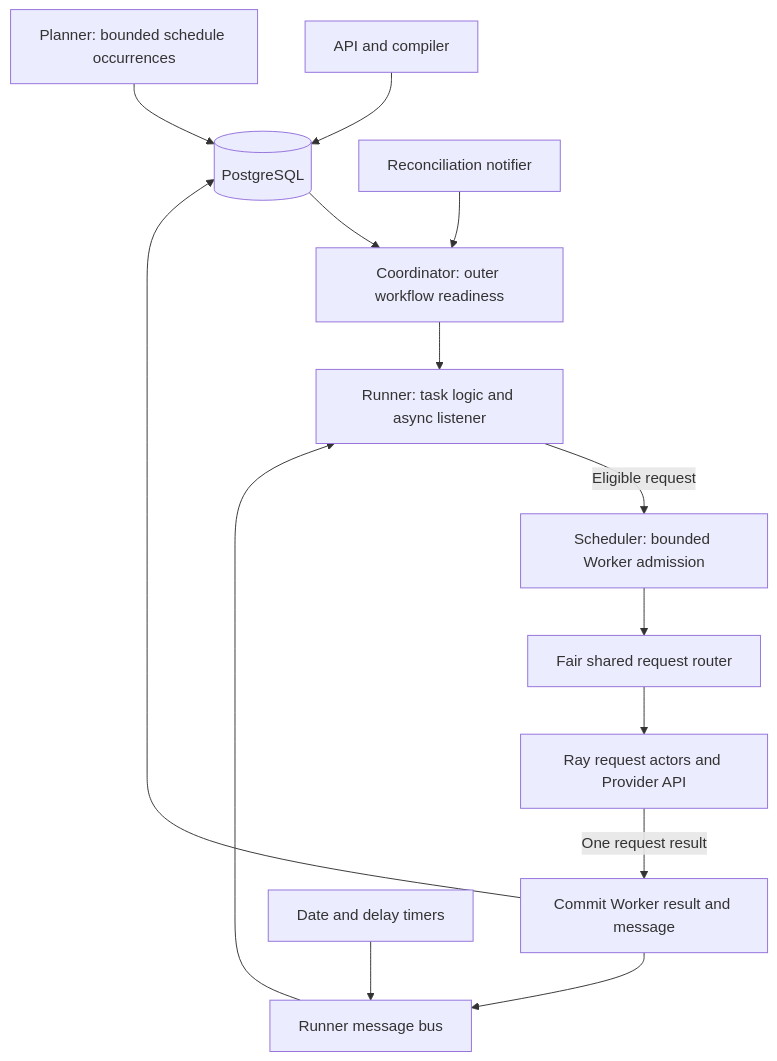
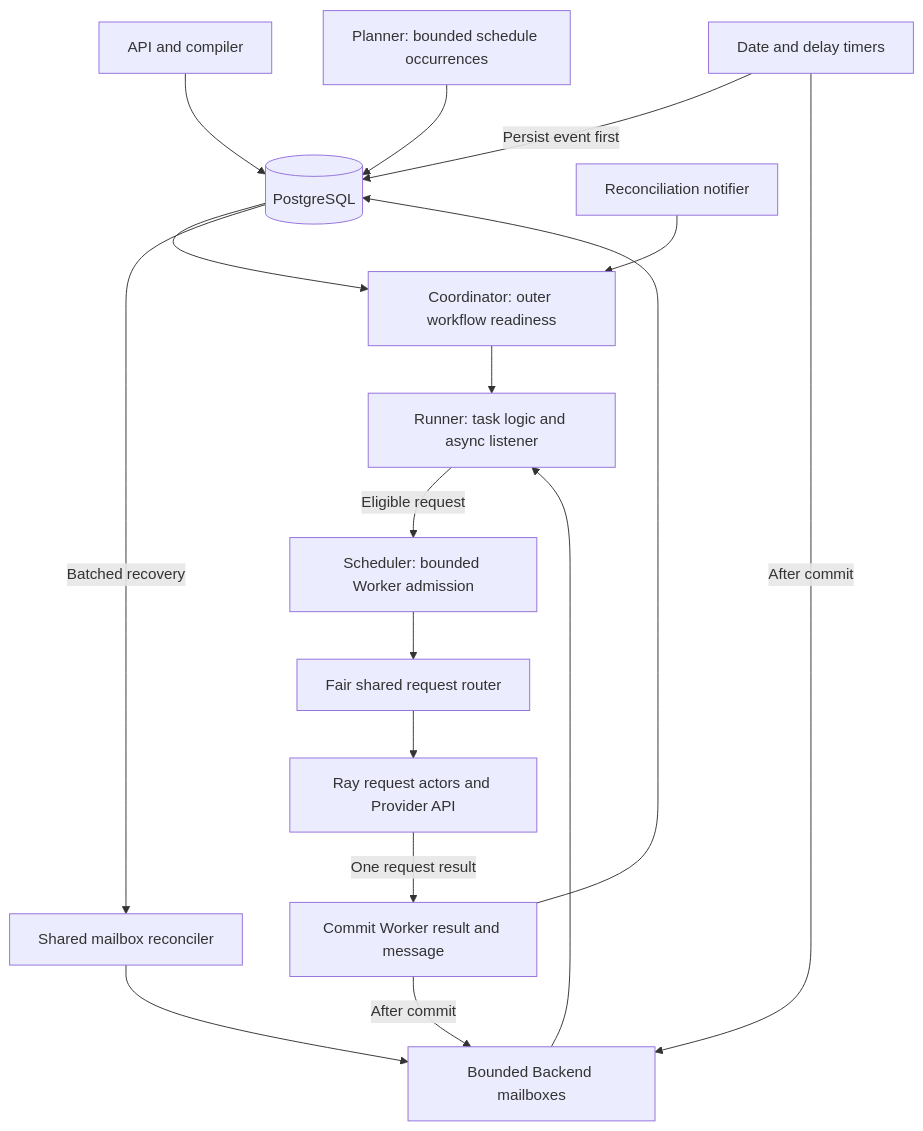
One commit to BeckWlim/llmperf-orchestrator changed the first of 3 diagrams in docs/runtime.md. Above: the diagram before and after it, drawn with Mermaid. The commit also changed other lines of this file and 11 other files, not shown here.

Commit message:
perf: deliver committed events through backend mailboxes

````diff
--- a/docs/runtime.md
+++ b/docs/runtime.md
@@ -76,16 +76,19 @@
 ```mermaid
 flowchart TD
     API[API and compiler] --> DB[(PostgreSQL)]
     Planner[Planner: bounded schedule occurrences] --> DB
     DB --> Coordinator[Coordinator: outer workflow readiness]
     Hint[Reconciliation notifier] --> Coordinator
     Coordinator --> Runner[Runner: task logic and async listener]
     Runner -->|Eligible request| Scheduler[Scheduler: bounded Worker admission]
     Scheduler --> Router[Fair shared request router]
     Router --> Provider[Ray request actors and Provider API]
     Provider -->|One request result| Commit[Commit Worker result and message]
     Commit --> DB
-    Commit --> Bus[Runner message bus]
-    Timer[Date and delay timers] --> Bus
+    Commit -->|After commit| Bus[Bounded Backend mailboxes]
+    Timer[Date and delay timers] -->|Persist event first| DB
+    Timer -->|After commit| Bus
+    DB -->|Batched recovery| Recovery[Shared mailbox reconciler]
+    Recovery --> Bus
     Bus --> Runner
 ```
````
